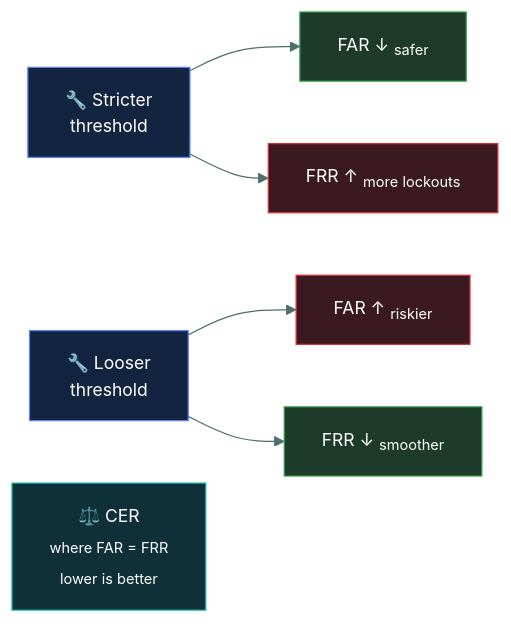
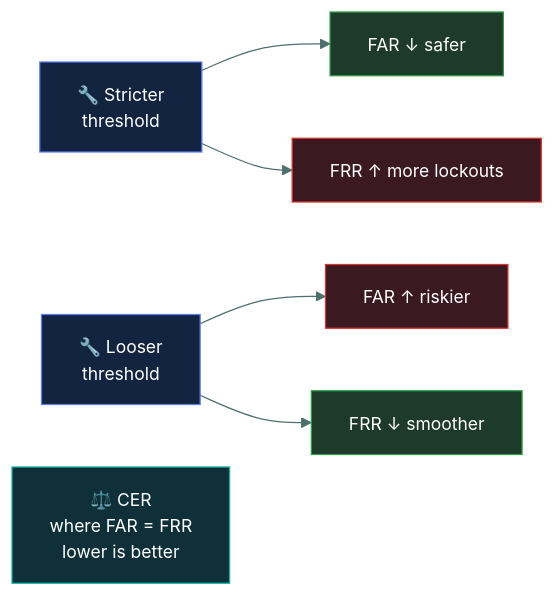
The second of 2 diagrams in 01-security-principles/authentication/README.md (tarunTejaDesireddy/cc-exam-prep), drawn with Mermaid before and after one commit. The commit also changed other lines of this file and 15 other files, not shown here.

First line of the commit message:
Fix clipped mermaid labels repo-wide; add privacy topic

````diff
--- a/01-security-principles/authentication/README.md
+++ b/01-security-principles/authentication/README.md
@@ -146,17 +146,17 @@
 ```mermaid
 %%{init: {'theme':'base','themeVariables':{'fontSize':'14px','lineColor':'#4d6f6e','textColor':'#dbe7e6'}}}%%
 flowchart LR
-    S["🔧 Stricter<br/>threshold"] --> S1["FAR ↓ <sub>safer</sub>"]
-    S --> S2["FRR ↑ <sub>more lockouts</sub>"]
-    L["🔧 Looser<br/>threshold"] --> L1["FAR ↑ <sub>riskier</sub>"]
-    L --> L2["FRR ↓ <sub>smoother</sub>"]
-    C["⚖️ CER<br/><sub>where FAR = FRR<br/>lower is better</sub>"]
+    S["🔧 Stricter<br/>threshold"] --> S1["FAR ↓ safer"]
+    S --> S2["FRR ↑ more lockouts"]
+    L["🔧 Looser<br/>threshold"] --> L1["FAR ↑ riskier"]
+    L --> L2["FRR ↓ smoother"]
+    C["⚖️ CER<br/>where FAR = FRR<br/>lower is better"]
 
     style S fill:#12243f,stroke:#5C7CFA,color:#fff
     style L fill:#12243f,stroke:#5C7CFA,color:#fff
     style S1 fill:#1d3a2a,stroke:#2F9E44,color:#fff
     style L2 fill:#1d3a2a,stroke:#2F9E44,color:#fff
     style S2 fill:#3a1a20,stroke:#E03131,color:#fff
     style L1 fill:#3a1a20,stroke:#E03131,color:#fff
     style C fill:#0f3038,stroke:#12B5A5,color:#fff
 ```
````
